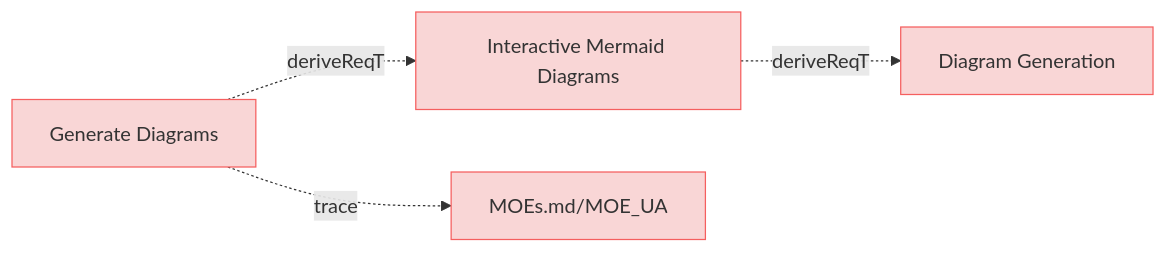
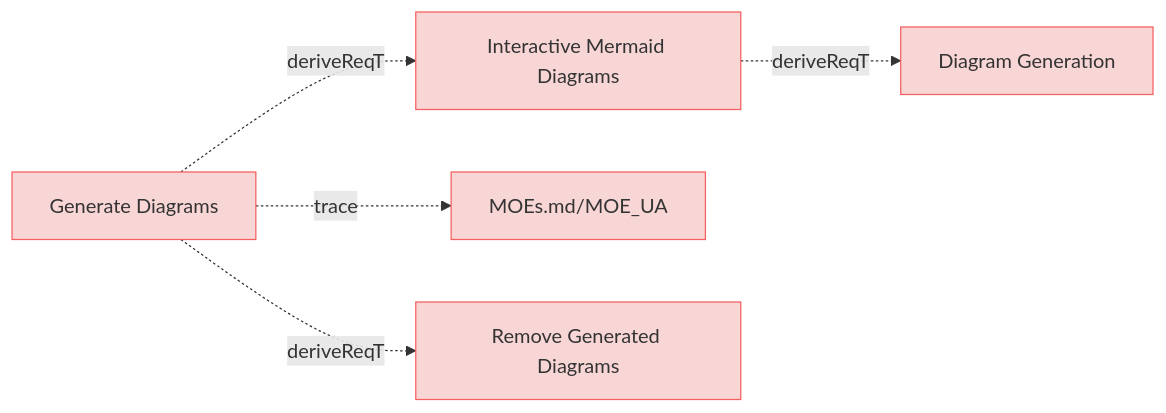
The first of 9 diagrams in specifications/UserRequirements.md (reqvire-org/reqvire), drawn with Mermaid before and after one commit. The commit also changed other lines of this file and 9 other files, not shown here.

First line of the commit message:
Implement remove-diagrams command with comprehensive testing

````diff
--- a/specifications/UserRequirements.md
+++ b/specifications/UserRequirements.md
@@ -4,24 +4,28 @@
 ```mermaid
 graph LR;
   %% Graph styling
   classDef requirement fill:#f9d6d6,stroke:#f55f5f,stroke-width:1px;
   classDef verification fill:#d6f9d6,stroke:#5fd75f,stroke-width:1px;
   classDef externalLink fill:#d0e0ff,stroke:#3080ff,stroke-width:1px;
   classDef default fill:#f5f5f5,stroke:#333333,stroke-width:1px;
 
   eedf6d6d3d2354d9["Interactive Mermaid Diagrams"];
   class eedf6d6d3d2354d9 requirement;
   click eedf6d6d3d2354d9 "UserRequirements.md#interactive-mermaid-diagrams";
   e9aee7d9477f4abe["Diagram Generation"];
   class e9aee7d9477f4abe requirement;
   click e9aee7d9477f4abe "SystemRequirements/Requirements.md#diagram-generation";
   eedf6d6d3d2354d9 -.->|deriveReqT| e9aee7d9477f4abe;
   37a5b8e199a838f["Generate Diagrams"];
   class 37a5b8e199a838f requirement;
   click 37a5b8e199a838f "UserStories.md#generate-diagrams";
   2c5f30f14e792200["MOEs.md/MOE_UA"];
   class 2c5f30f14e792200 requirement;
   click 2c5f30f14e792200 "MOEs.md#moe_ua";
   37a5b8e199a838f -.->|trace| 2c5f30f14e792200;
   37a5b8e199a838f -.->|deriveReqT| eedf6d6d3d2354d9;
+  c8d5e4f8a9b3c2e1["Remove Generated Diagrams"];
+  class c8d5e4f8a9b3c2e1 requirement;
+  click c8d5e4f8a9b3c2e1 "UserRequirements.md#remove-generated-diagrams";
+  37a5b8e199a838f -.->|deriveReqT| c8d5e4f8a9b3c2e1;
 ```
````
